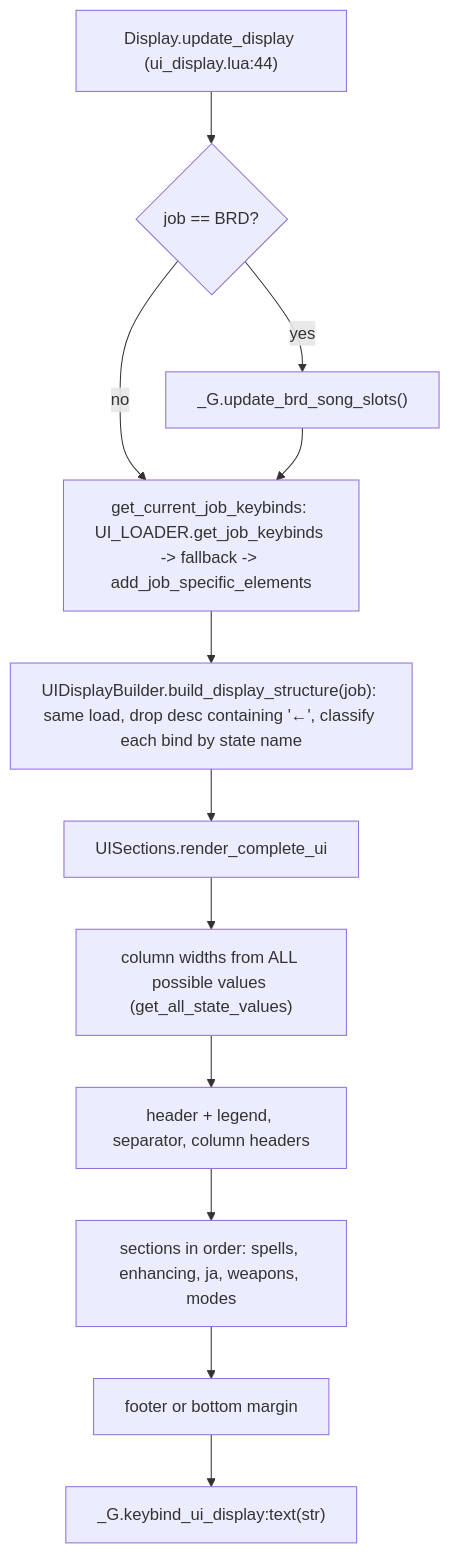
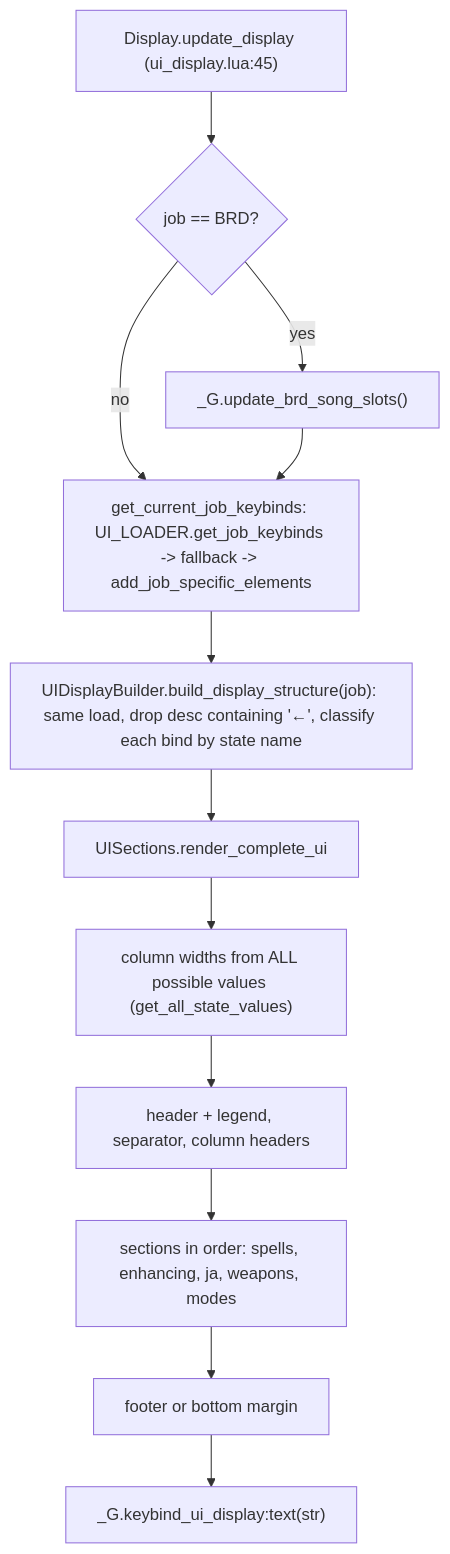
Before and after one commit to ejouanchicot/Gearswap: the second of 4 diagrams in docs/dev/systems/ui-overlay.md, drawn with Mermaid. The commit also changed other lines of this file and 81 other files, not shown here.

````diff
--- a/docs/dev/systems/ui-overlay.md
+++ b/docs/dev/systems/ui-overlay.md
@@ -93,14 +93,14 @@
 ```mermaid
 flowchart TD
-    A["Display.update_display (ui_display.lua:44)"] --> B{"job == BRD?"}
+    A["Display.update_display (ui_display.lua:45)"] --> B{"job == BRD?"}
     B -- yes --> B1["_G.update_brd_song_slots()"]
     B -- no --> C
     B1 --> C["get_current_job_keybinds: UI_LOADER.get_job_keybinds -> fallback -> add_job_specific_elements"]
     C --> D["UIDisplayBuilder.build_display_structure(job): same load, drop desc containing '←', classify each bind by state name"]
     D --> E["UISections.render_complete_ui"]
     E --> F["column widths from ALL possible values (get_all_state_values)"]
     F --> G["header + legend, separator, column headers"]
     G --> H["sections in order: spells, enhancing, ja, weapons, modes"]
     H --> I["footer or bottom margin"]
     I --> J["_G.keybind_ui_display:text(str)"]
 ```
````
